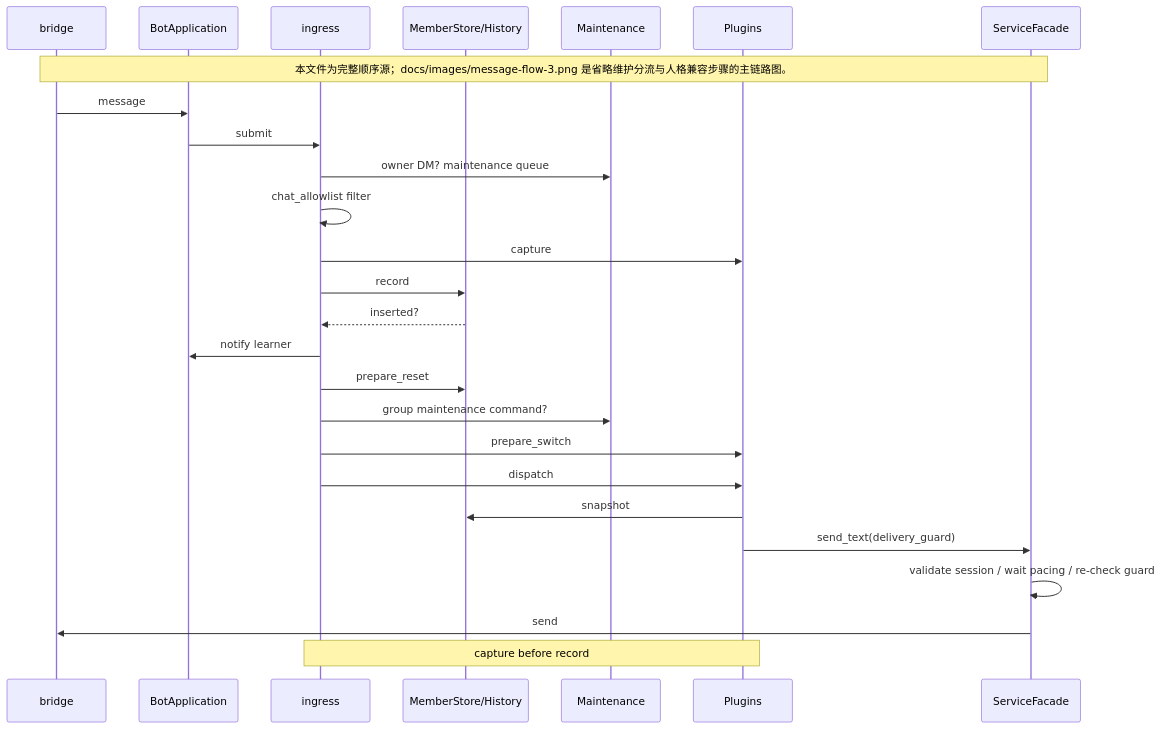
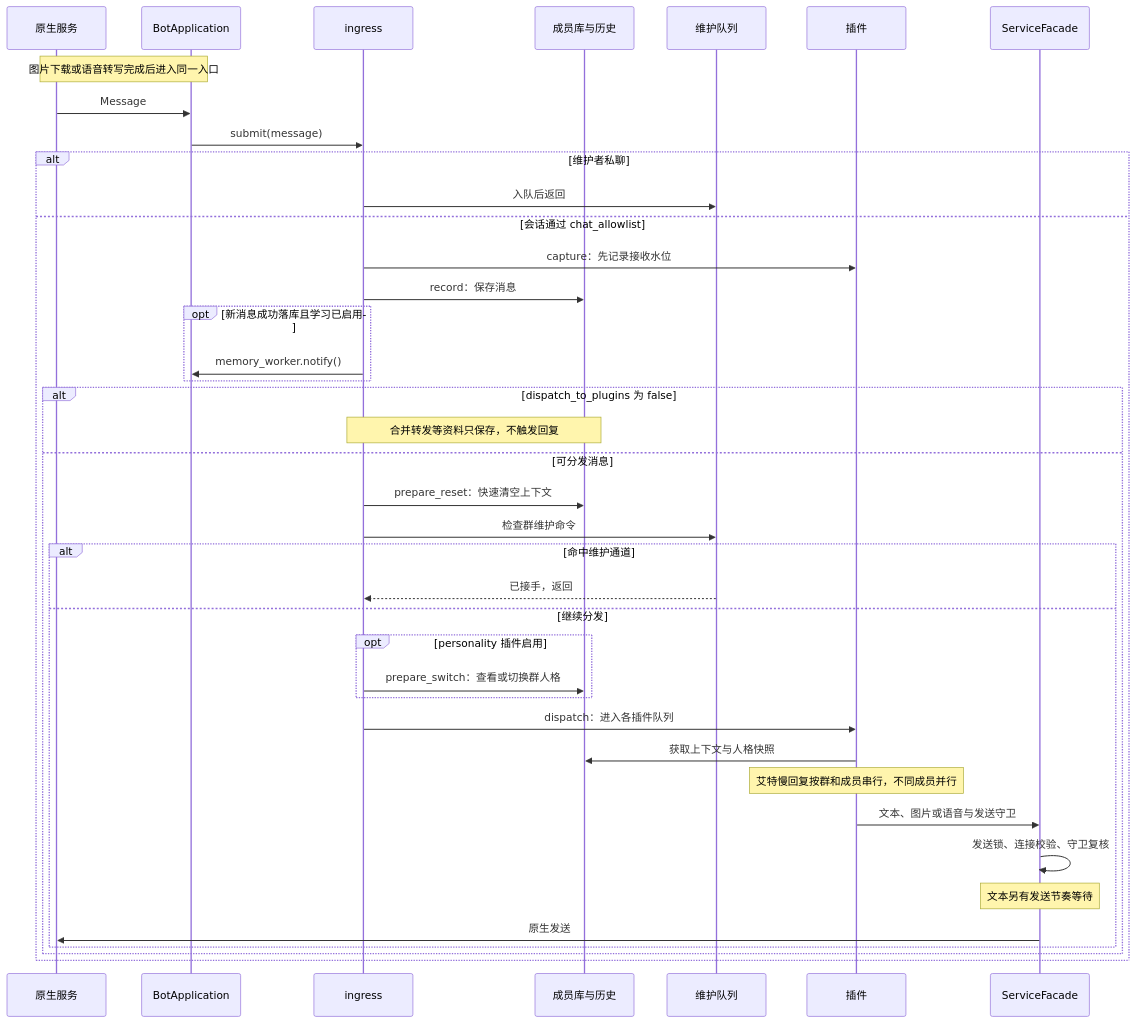
Before and after one commit to Inmata/helper: the diagram in docs/diagrams/message-flow.mmd, drawn with Mermaid. The commit also changed 6 other files, not shown here.

Commit message:
docs(architecture): 同步消息链路与资源归属

```diff
--- a/docs/diagrams/message-flow.mmd
+++ b/docs/diagrams/message-flow.mmd
@@ -1,29 +1,41 @@
 sequenceDiagram
-    participant WX as bridge
+    participant WX as 原生服务
     participant App as BotApplication
     participant In as ingress
-    participant M as MemberStore/History
-    participant R as Maintenance
-    participant P as Plugins
+    participant M as 成员库与历史
+    participant R as 维护队列
+    participant P as 插件
     participant S as ServiceFacade
 
-    Note over WX,S: 本文件为完整顺序源；docs/images/message-flow-3.png 是省略维护分流与人格兼容步骤的主链路图。
-
-    WX->>App: message
-    App->>In: submit
-    In->>R: owner DM? maintenance queue
-    In->>In: chat_allowlist filter
-    In->>P: capture
-    In->>M: record
-    M-->>In: inserted?
-    In->>App: notify learner
-    In->>M: prepare_reset
-    In->>R: group maintenance command?
-    In->>P: prepare_switch
-    In->>P: dispatch
-    P->>M: snapshot
-    P->>S: send_text(delivery_guard)
-    S->>S: validate session / wait pacing / re-check guard
-    S->>WX: send
-
-    Note over In,P: capture before record
+    Note over WX,App: 图片下载或语音转写完成后进入同一入口
+    WX->>App: Message
+    App->>In: submit(message)
+    alt 维护者私聊
+        In->>R: 入队后返回
+    else 会话通过 chat_allowlist
+        In->>P: capture：先记录接收水位
+        In->>M: record：保存消息
+        opt 新消息成功落库且学习已启用
+            In->>App: memory_worker.notify()
+        end
+        alt dispatch_to_plugins 为 false
+            Note over In,M: 合并转发等资料只保存，不触发回复
+        else 可分发消息
+            In->>M: prepare_reset：快速清空上下文
+            In->>R: 检查群维护命令
+            alt 命中维护通道
+                R-->>In: 已接手，返回
+            else 继续分发
+                opt personality 插件启用
+                    In->>M: prepare_switch：查看或切换群人格
+                end
+                In->>P: dispatch：进入各插件队列
+                P->>M: 获取上下文与人格快照
+                Note over P: 艾特慢回复按群和成员串行，不同成员并行
+                P->>S: 文本、图片或语音与发送守卫
+                S->>S: 发送锁、连接校验、守卫复核
+                Note over S: 文本另有发送节奏等待
+                S->>WX: 原生发送
+            end
+        end
+    end
```
